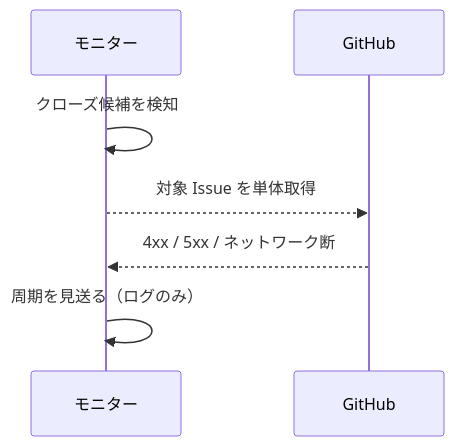
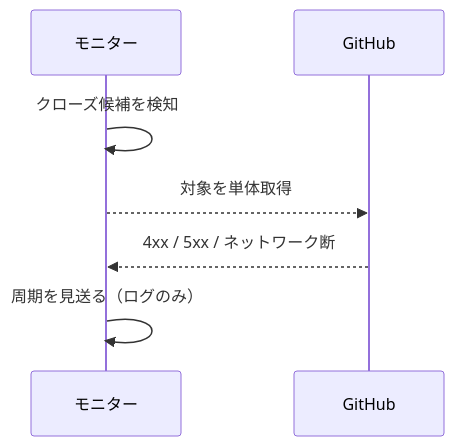
The seventh of 7 diagrams in docs/wiki/設計図/インターフェース定義/バックエンド/一括解放.py.md (shuhei1101/ai-monitor), drawn with Mermaid before and after one commit. The commit also changed other lines of this file and 256 other files, not shown here.

````diff
--- a/docs/wiki/設計図/インターフェース定義/バックエンド/一括解放.py.md
+++ b/docs/wiki/設計図/インターフェース定義/バックエンド/一括解放.py.md
@@ -231,10 +230,10 @@
 ```mermaid
 sequenceDiagram
   participant MON as モニター
   participant GH as GitHub
 
   MON->>MON: クローズ候補を検知
-  MON-->>GH: 対象 Issue を単体取得
+  MON-->>GH: 対象を単体取得
   GH-->>MON: 4xx / 5xx / ネットワーク断
   MON->>MON: 周期を見送る（ログのみ）
 ```
````
